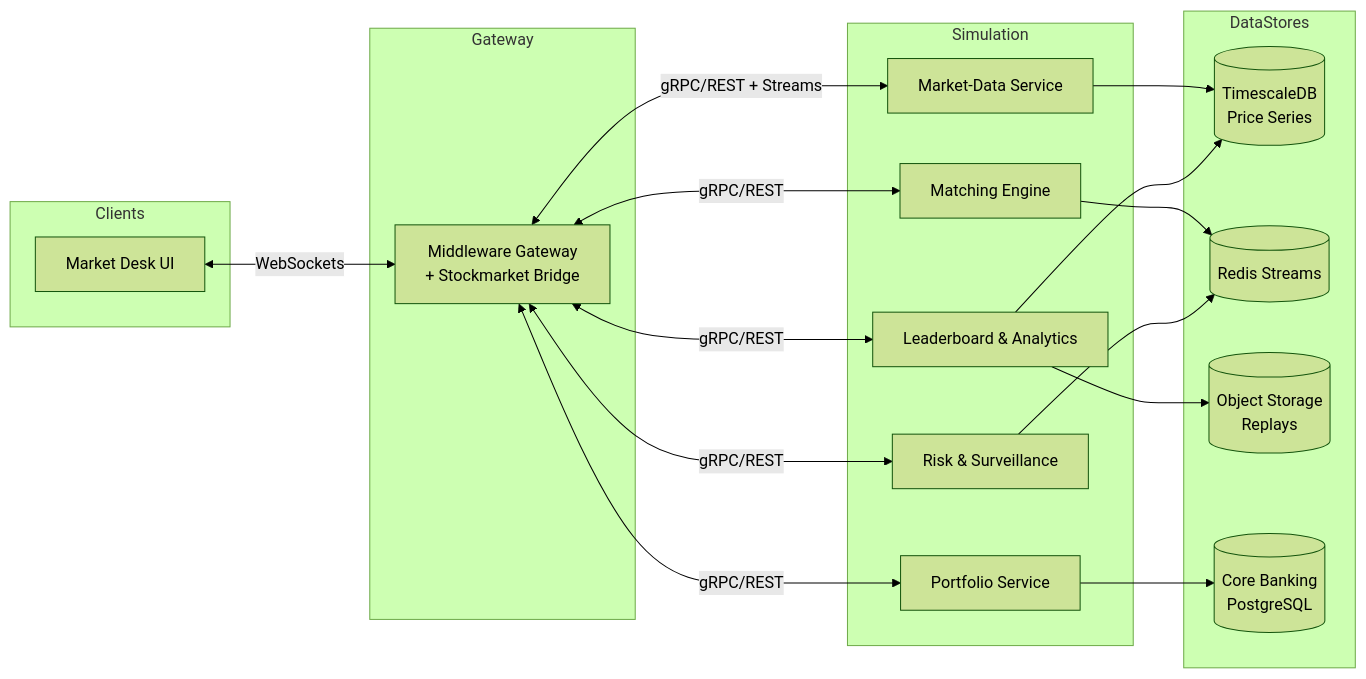
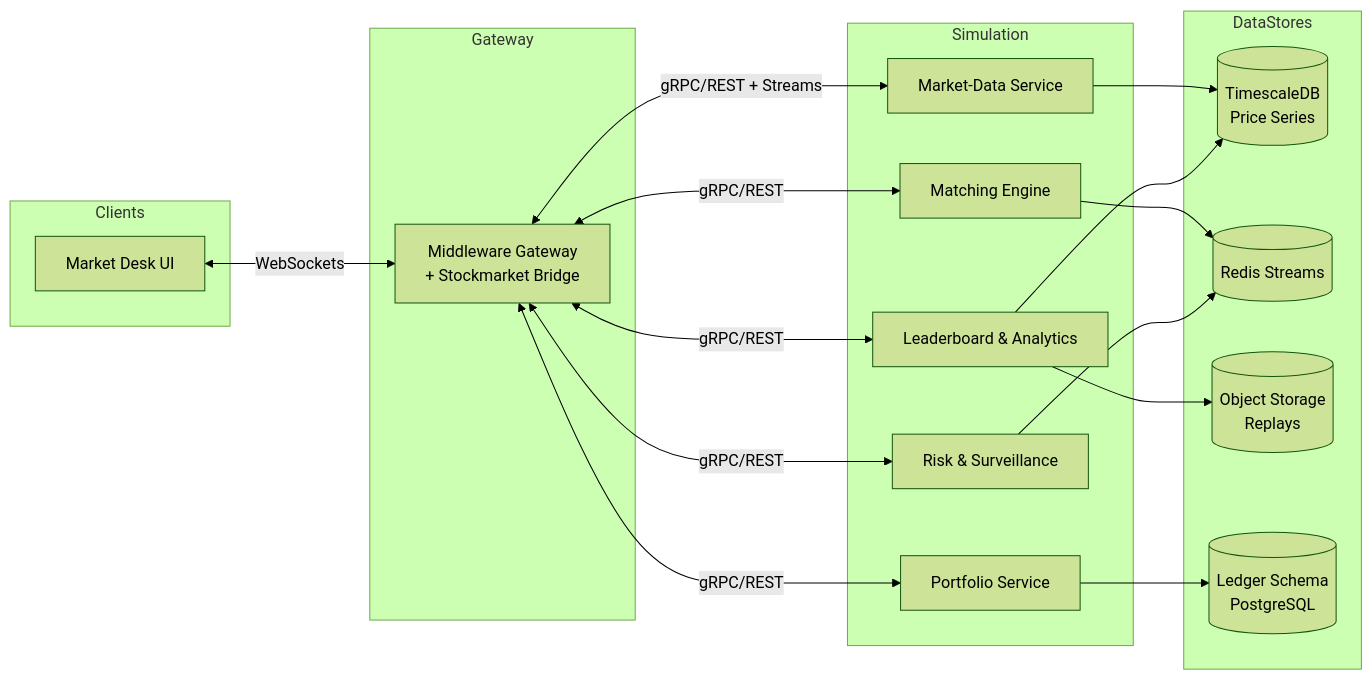
One commit to AsaTyr2018/VirtualBank changed the diagram in design/Stockmarket/stockmarket-simulation.md. Above: the diagram before and after it, drawn with Mermaid (forest theme). The commit also changed other lines of this file and 6 other files, not shown here.

Commit message:
Remove core banking documentation and consolidate under middleware

````diff
--- a/design/Stockmarket/stockmarket-simulation.md
+++ b/design/Stockmarket/stockmarket-simulation.md
@@ -14,36 +14,36 @@
 ```mermaid
 flowchart LR
     subgraph Clients
         Frontend[Market Desk UI]
     end
     subgraph Gateway
         Middleware[Middleware Gateway\n+ Stockmarket Bridge]
     end
     subgraph Simulation
         MDS[Market-Data Service]
         ME[Matching Engine]
         PS[Portfolio Service]
         RSS[Risk & Surveillance]
         LAS[Leaderboard & Analytics]
     end
     subgraph DataStores
         Timescale[(TimescaleDB\nPrice Series)]
         Redis[(Redis Streams)]
         ObjectStore[(Object Storage\nReplays)]
-        CoreDB[(Core Banking\nPostgreSQL)]
+        LedgerDB[(Ledger Schema\nPostgreSQL)]
     end
 
     Frontend <-- WebSockets --> Middleware
     Middleware <-- gRPC/REST + Streams --> MDS
     Middleware <-- gRPC/REST --> ME
     Middleware <-- gRPC/REST --> PS
     Middleware <-- gRPC/REST --> RSS
     Middleware <-- gRPC/REST --> LAS
 
     MDS --> Timescale
     ME --> Redis
-    PS --> CoreDB
+    PS --> LedgerDB
     LAS --> ObjectStore
     LAS --> Timescale
     RSS --> Redis
 ```
````
